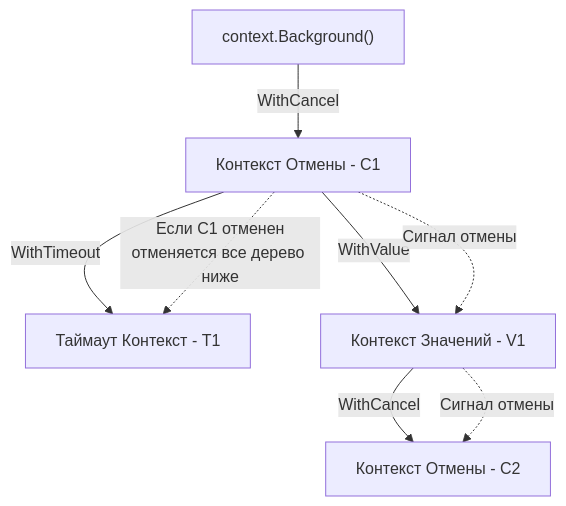
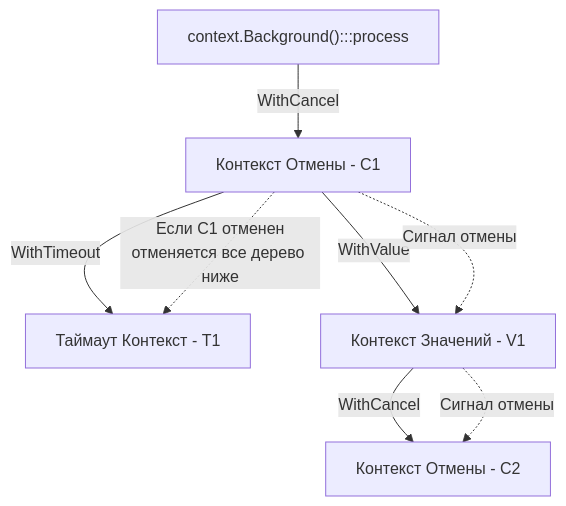
One commit to UnrealTemplier/go-textbook changed the first of 3 diagrams in sources/5. Учебник по Go (Основы и синтаксис)/39. Context. Управление жизненным циклом операций.md. Above: the diagram before and after it, drawn with Mermaid. The commit also changed other lines of this file and 1666 other files, not shown here.

First line of the commit message:
feat(mermaid): add semantic color classDef to 1369 colorless flowchart/graph diagrams

````diff
--- a/sources/5. Учебник по Go (Основы и синтаксис)/39. Context. Управление жизненным циклом операций.md
+++ b/sources/5. Учебник по Go (Основы и синтаксис)/39. Context. Управление жизненным циклом операций.md
@@ -53,11 +53,21 @@
 ```mermaid
 flowchart TD
-    BG["context.Background()"] -->|"WithCancel"| C1["Контекст Отмены - C1"]
+    classDef process  fill:#1e293b,stroke:#38bdf8,stroke-width:1px,color:#f8fafc
+    classDef success  fill:#064e3b,stroke:#34d399,stroke-width:1px,color:#f8fafc
+    classDef error    fill:#7f1d1d,stroke:#f87171,stroke-width:1px,color:#f8fafc
+    classDef warning  fill:#78350f,stroke:#fbbf24,stroke-width:1px,color:#f8fafc
+    classDef entry    fill:#1e3a5f,stroke:#38bdf8,stroke-width:2px,color:#f8fafc
+    classDef aux      fill:#334155,stroke:#64748b,stroke-width:1px,color:#f8fafc
+    classDef system   fill:#312e81,stroke:#a78bfa,stroke-width:1px,color:#f8fafc
+    classDef data     fill:#132d29,stroke:#2dd4bf,stroke-width:1px,color:#f8fafc
+    classDef network  fill:#881337,stroke:#fb7185,stroke-width:1px,color:#f8fafc
+    classDef accent   fill:#1e1b4b,stroke:#818cf8,stroke-width:1px,color:#f8fafc
+    BG["context.Background():::process"] -->|"WithCancel"| C1["Контекст Отмены - C1"]
     C1 -->|"WithTimeout"| T1["Таймаут Контекст - T1"]
     C1 -->|"WithValue"| V1["Контекст Значений - V1"]
     V1 -->|"WithCancel"| C2["Контекст Отмены - C2"]
     
     C1 -.->|"Если C1 отменен<br>отменяется все дерево ниже"| T1
     C1 -.->|"Сигнал отмены"| V1
     V1 -.->|"Сигнал отмены"| C2
 ```
````
